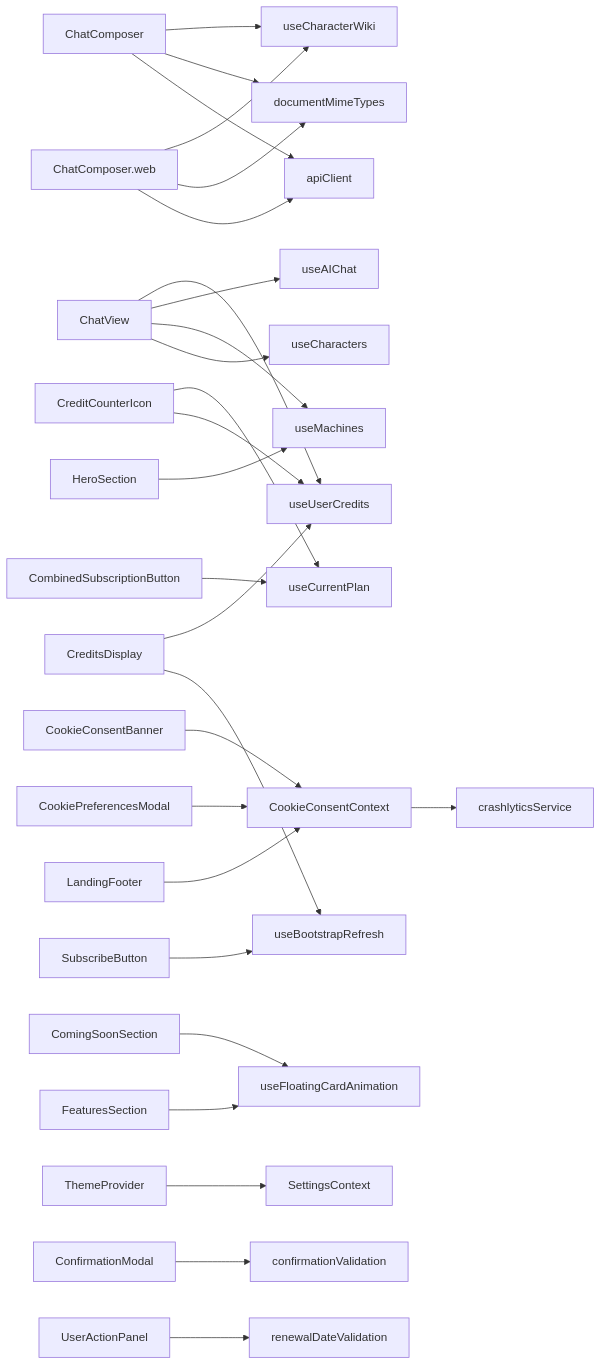
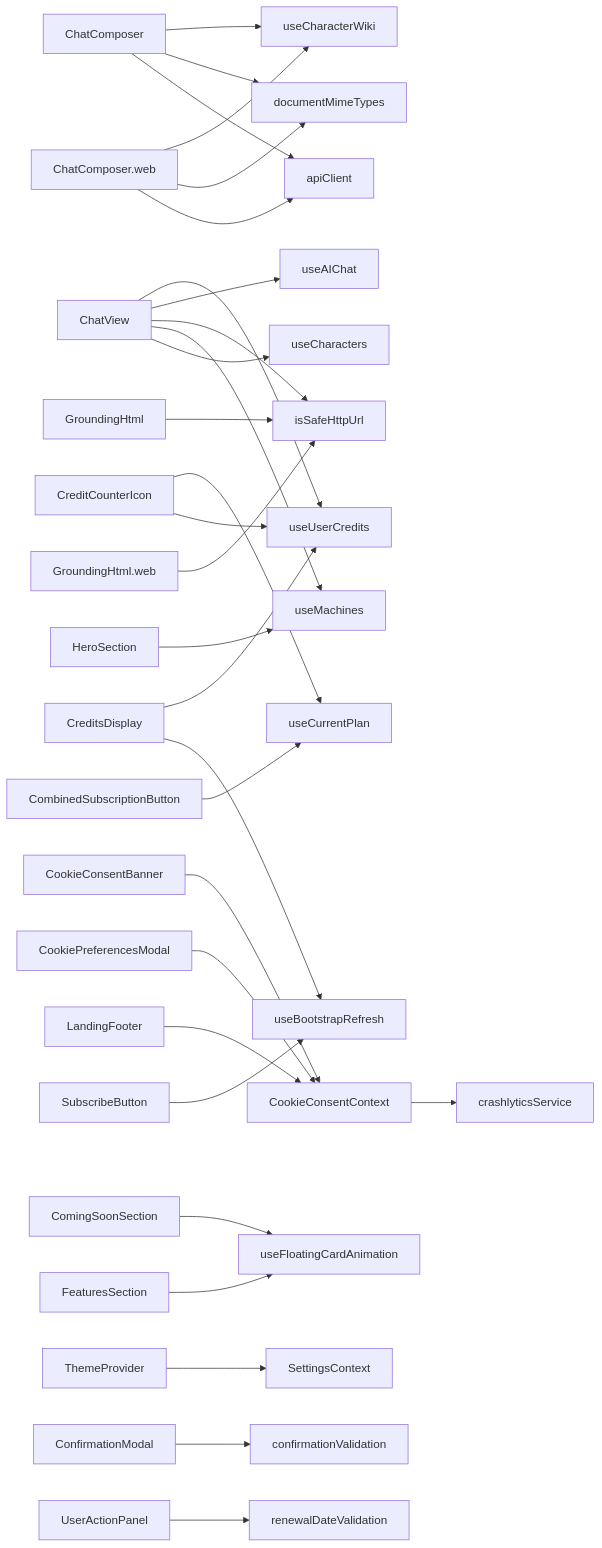
One commit to equationalapplications/clanker changed the diagram in docs/flowcharts/COMPONENTS.md. Above: the diagram before and after it, drawn with Mermaid. The commit also changed 2 other files, not shown here.

Commit message:
chore: set iOS deployment target and sync flowchart docs
Set iOS deploymentTarget to 16.4. Update COMPONENTS and SERVICES
flowcharts for isSafeHttpUrl and groundingMetadata connections.

````diff
--- a/docs/flowcharts/COMPONENTS.md
+++ b/docs/flowcharts/COMPONENTS.md
@@ -4,29 +4,32 @@
 ```mermaid
 graph LR
   ChatComposer --> useCharacterWiki
   ChatComposer --> documentMimeTypes
   ChatComposer --> apiClient
   ChatComposer.web --> useCharacterWiki
   ChatComposer.web --> documentMimeTypes
   ChatComposer.web --> apiClient
   ChatView --> useUserCredits
   ChatView --> useAIChat
+  ChatView --> isSafeHttpUrl
   ChatView --> useMachines
   ChatView --> useCharacters
   CombinedSubscriptionButton --> useCurrentPlan
   CookieConsentBanner --> CookieConsentContext
   CookieConsentContext --> crashlyticsService
   CookiePreferencesModal --> CookieConsentContext
   CreditCounterIcon --> useCurrentPlan
   CreditCounterIcon --> useUserCredits
   CreditsDisplay --> useUserCredits
   CreditsDisplay --> useBootstrapRefresh
+  GroundingHtml --> isSafeHttpUrl
+  GroundingHtml.web --> isSafeHttpUrl
   ComingSoonSection --> useFloatingCardAnimation
   FeaturesSection --> useFloatingCardAnimation
   HeroSection --> useMachines
   LandingFooter --> CookieConsentContext
   SubscribeButton --> useBootstrapRefresh
   ThemeProvider --> SettingsContext
   ConfirmationModal --> confirmationValidation
   UserActionPanel --> renewalDateValidation
 ```
````
